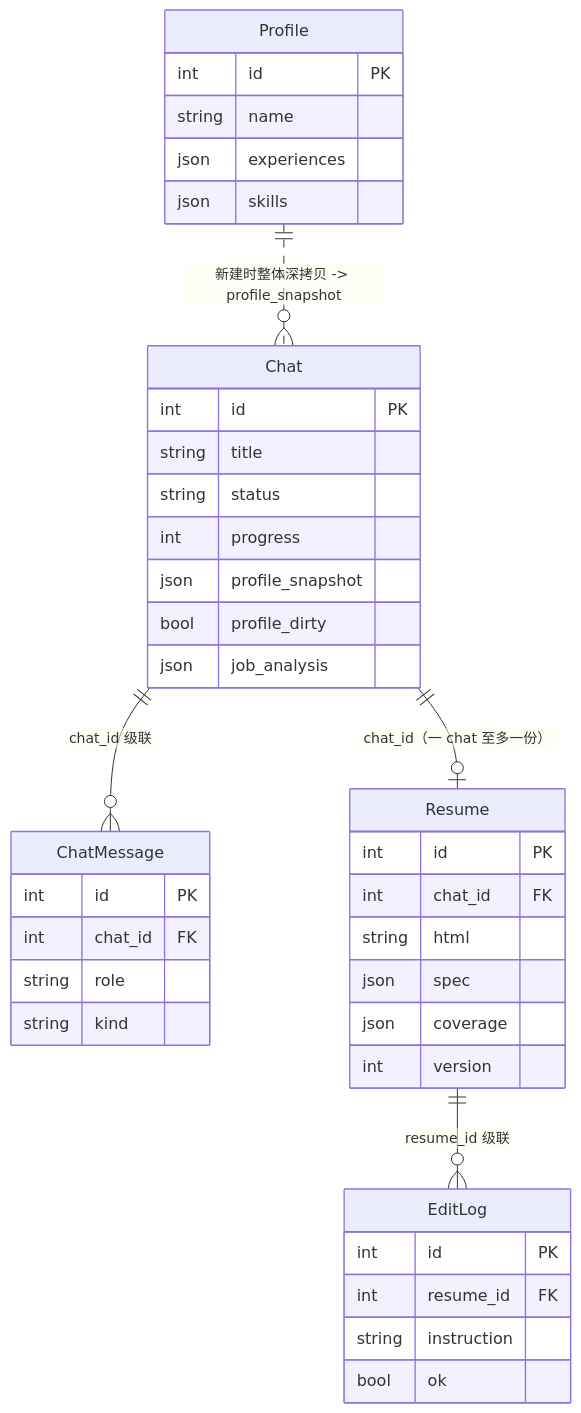
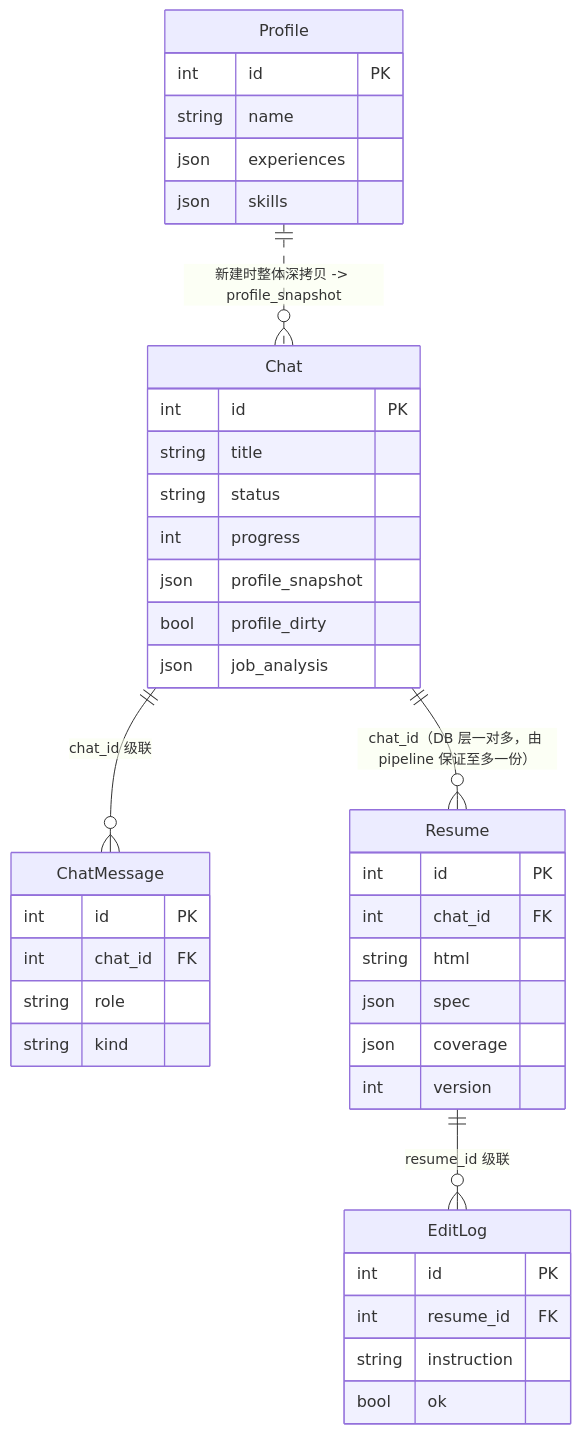
Before and after one commit to justineling/AI-Resume-Generator: the diagram in docs/01-architecture/data-model.md, drawn with Mermaid. The commit also changed other lines of this file and 3 other files, not shown here.

````diff
--- a/docs/01-architecture/data-model.md
+++ b/docs/01-architecture/data-model.md
@@ -12,43 +12,43 @@
 ```mermaid
 erDiagram
     Profile ||..o{ Chat : "新建时整体深拷贝 -> profile_snapshot"
     Chat ||--o{ ChatMessage : "chat_id 级联"
-    Chat ||--o| Resume : "chat_id（一 chat 至多一份）"
+    Chat ||--o{ Resume : "chat_id（DB 层一对多，由 pipeline 保证至多一份）"
     Resume ||--o{ EditLog : "resume_id 级联"
 
     Profile {
         int id PK
         string name
         json experiences
         json skills
     }
     Chat {
         int id PK
         string title
         string status
         int progress
         json profile_snapshot
         bool profile_dirty
         json job_analysis
     }
     ChatMessage {
         int id PK
         int chat_id FK
         string role
         string kind
     }
     Resume {
         int id PK
         int chat_id FK
         string html
         json spec
         json coverage
         int version
     }
     EditLog {
         int id PK
         int resume_id FK
         string instruction
         bool ok
     }
 ```
````
